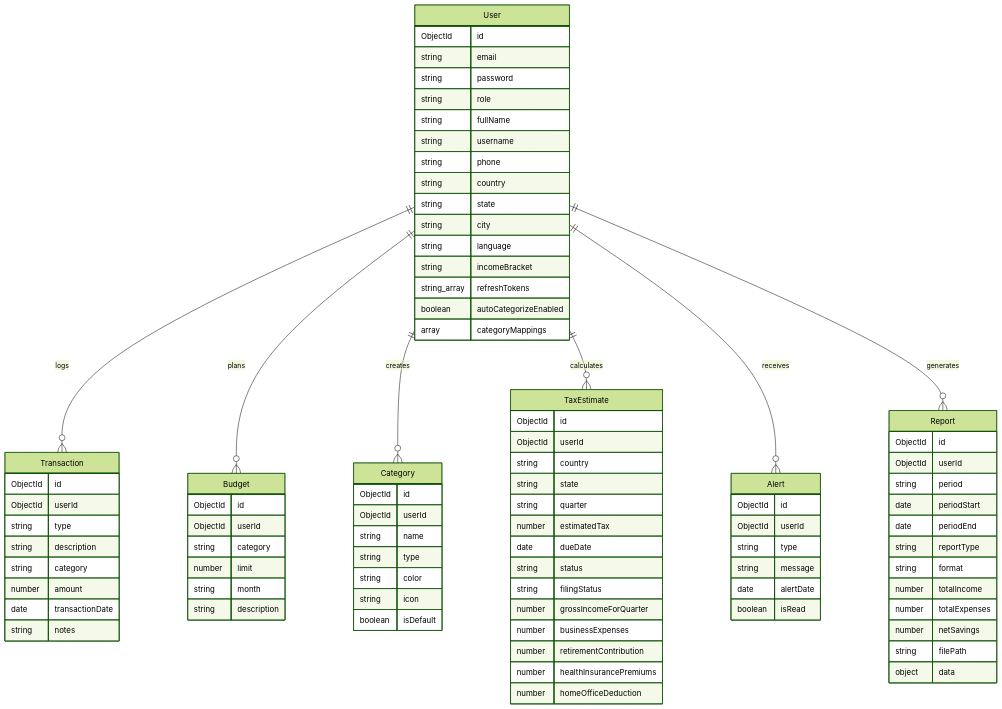
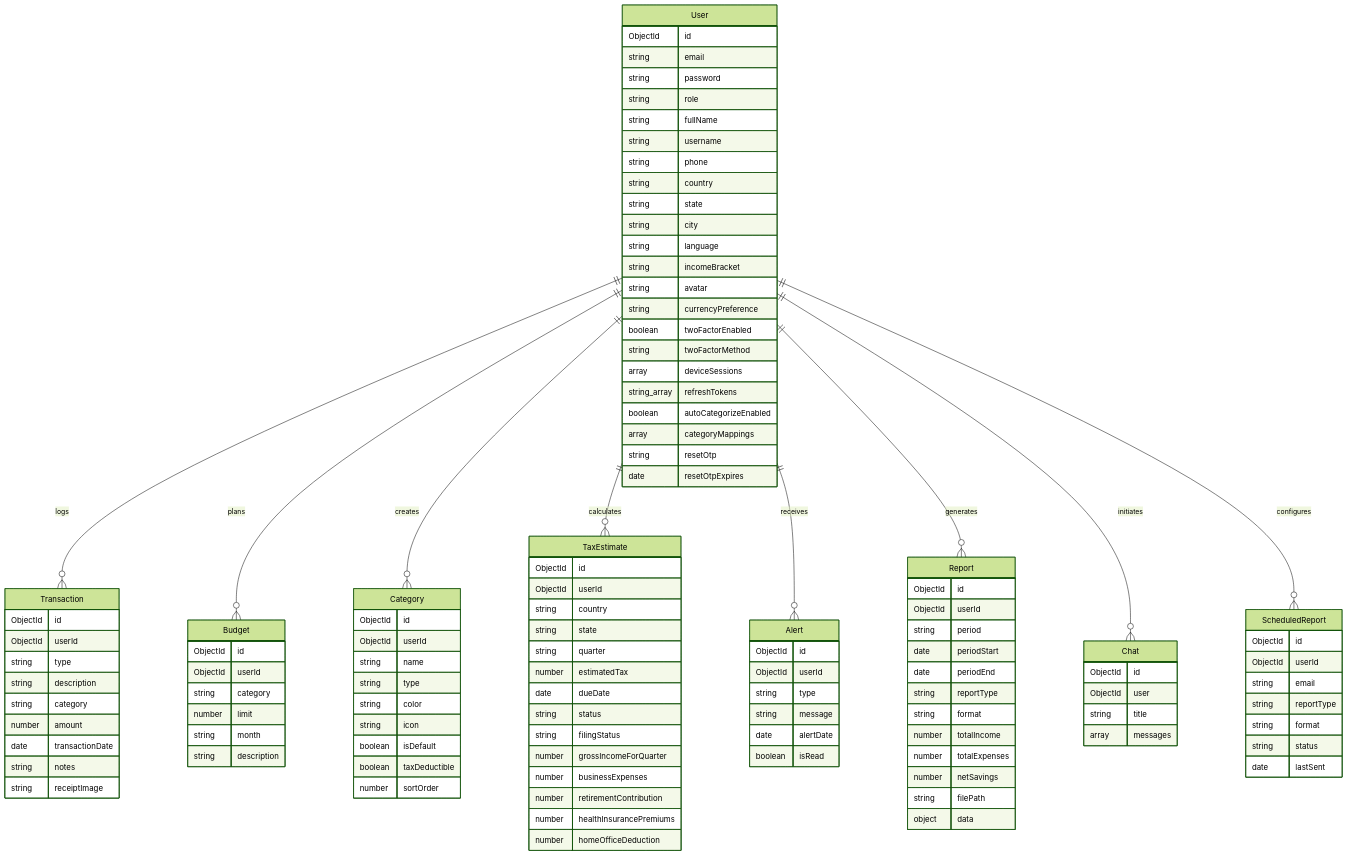
The diagram in README.md (springboardmentor09881n-rgb/TaxPal-Batch1), drawn with Mermaid (forest theme) before and after one commit. The commit also changed other lines of this file, not shown here.

````diff
--- a/README.md
+++ b/README.md
@@ -113,7 +145,8 @@
     User ||--o{ TaxEstimate : calculates
     User ||--o{ Alert : receives
     User ||--o{ Report : generates
-
+    User ||--o{ Chat : initiates
+    User ||--o{ ScheduledReport : configures
 
     User {
         ObjectId id
@@ -128,9 +161,16 @@
         string city
         string language
         string incomeBracket
+        string avatar
+        string currencyPreference
+        boolean twoFactorEnabled
+        string twoFactorMethod
+        array deviceSessions
         string_array refreshTokens
         boolean autoCategorizeEnabled
         array categoryMappings
+        string resetOtp
+        date resetOtpExpires
     }
 
     Transaction {
@@ -142,6 +182,7 @@
         number amount
         date transactionDate
         string notes
+        string receiptImage
     }
 
     Budget {
@@ -161,6 +202,8 @@
         string color
         string icon
         boolean isDefault
+        boolean taxDeductible
+        number sortOrder
     }
 
     TaxEstimate {
@@ -203,4 +246,21 @@
         string filePath
         object data
     }
+
+    Chat {
+        ObjectId id
+        ObjectId user
+        string title
+        array messages
+    }
+
+    ScheduledReport {
+        ObjectId id
+        ObjectId userId
+        string email
+        string reportType
+        string format
+        string status
+        date lastSent
+    }
 ```
````
